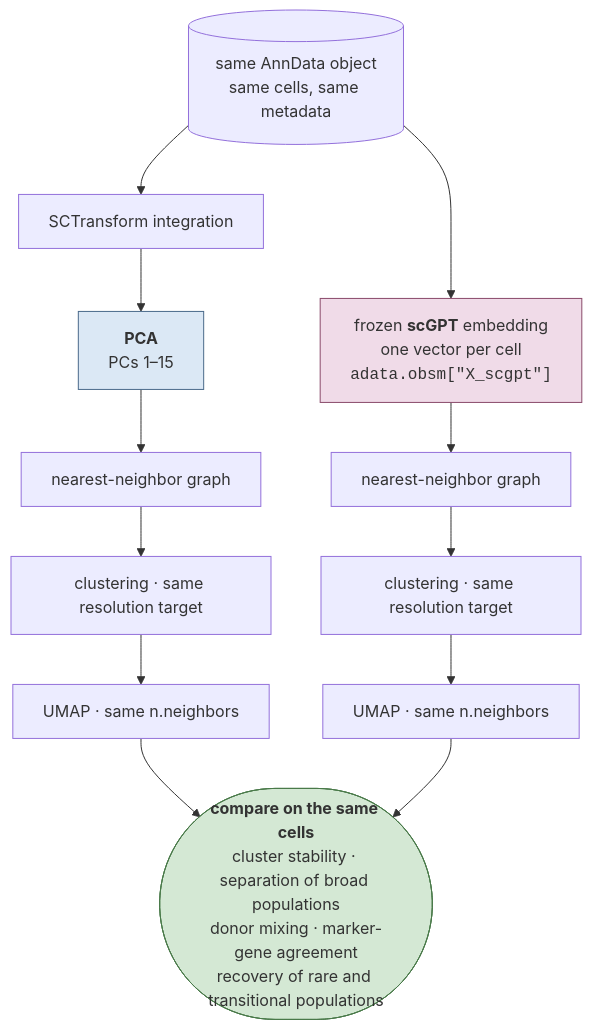
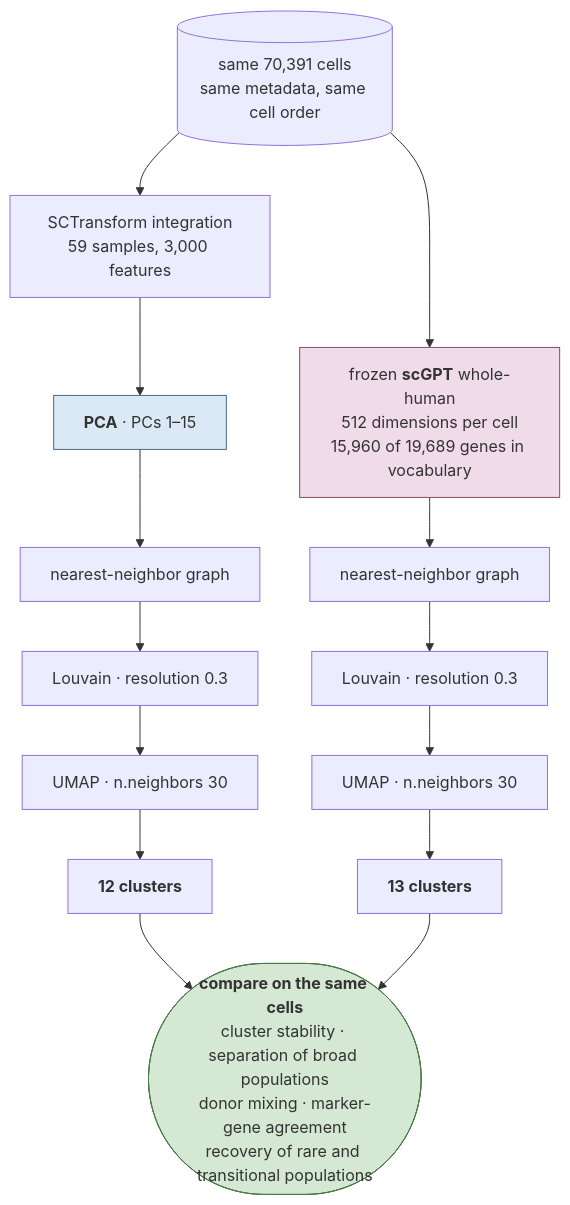
Before and after one commit to sivatej800-oss/T-cell-representations: the fifth of 6 diagrams in README.md, drawn with Mermaid. The commit also changed other lines of this file and 5 other files, not shown here.

````diff
--- a/README.md
+++ b/README.md
@@ -204,25 +204,28 @@
 ```mermaid
 flowchart TD
-    A[("same AnnData object<br/>same cells, same metadata")]
+    A[("same 70,391 cells<br/>same metadata, same cell order")]
 
-    B["SCTransform integration"]
-    C["<b>PCA</b><br/>PCs 1–15"]
+    B["SCTransform integration<br/>59 samples, 3,000 features"]
+    C["<b>PCA</b> · PCs 1–15"]
 
-    D["frozen <b>scGPT</b> embedding<br/>one vector per cell<br/><code>adata.obsm[&quot;X_scgpt&quot;]</code>"]
+    D["frozen <b>scGPT</b> whole-human<br/>512 dimensions per cell<br/>15,960 of 19,689 genes in vocabulary"]
 
     E["nearest-neighbor graph"]
     F["nearest-neighbor graph"]
-    G["clustering · same resolution target"]
-    H["clustering · same resolution target"]
-    I["UMAP · same n.neighbors"]
-    J["UMAP · same n.neighbors"]
+    G["Louvain · resolution 0.3"]
+    H["Louvain · resolution 0.3"]
+    I["UMAP · n.neighbors 30"]
+    J["UMAP · n.neighbors 30"]
+
+    L["<b>12 clusters</b>"]
+    M["<b>13 clusters</b>"]
 
     K(["<b>compare on the same cells</b><br/>cluster stability · separation of broad populations<br/>donor mixing · marker-gene agreement<br/>recovery of rare and transitional populations"])
 
-    A --> B --> C --> E --> G --> I --> K
-    A --> D --> F --> H --> J --> K
+    A --> B --> C --> E --> G --> I --> L --> K
+    A --> D --> F --> H --> J --> M --> K
 
     style C fill:#dbe8f5,stroke:#4a6a8a
     style D fill:#f0dbe8,stroke:#8a4a6a
     style K fill:#d4e8d4,stroke:#4a7a4a
 ```
````
